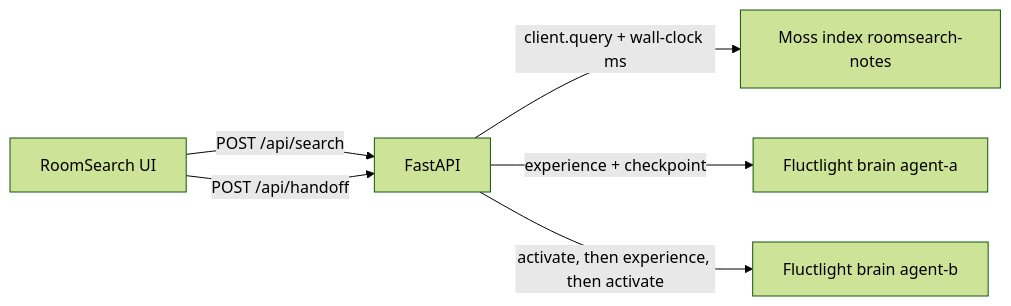
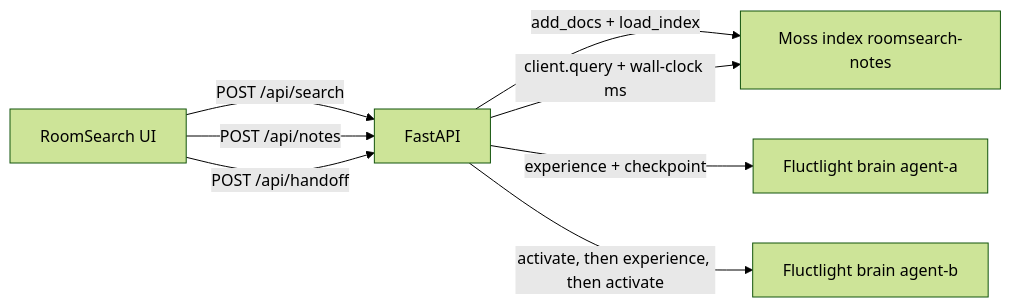
The diagram in README.md (voxmastery/RoomSearch), drawn with Mermaid (forest theme) before and after one commit. The commit also changed other lines of this file and 12 other files, not shown here.

First line of the commit message:
Add room notes and agent chat on the shared Moss index.

````diff
--- a/README.md
+++ b/README.md
@@ -82,8 +82,10 @@
 ```mermaid
 flowchart LR
   UI["RoomSearch UI"] -->|"POST /api/search"| API["FastAPI"]
+  UI -->|"POST /api/notes"| API
   UI -->|"POST /api/handoff"| API
-  API -->|"client.query + wall-clock ms"| Moss["Moss index roomsearch-notes"]
+  API -->|"add_docs + load_index"| Moss["Moss index roomsearch-notes"]
+  API -->|"client.query + wall-clock ms"| Moss
   API -->|"experience + checkpoint"| A["Fluctlight brain agent-a"]
   API -->|"activate, then experience, then activate"| B["Fluctlight brain agent-b"]
 ```
````
